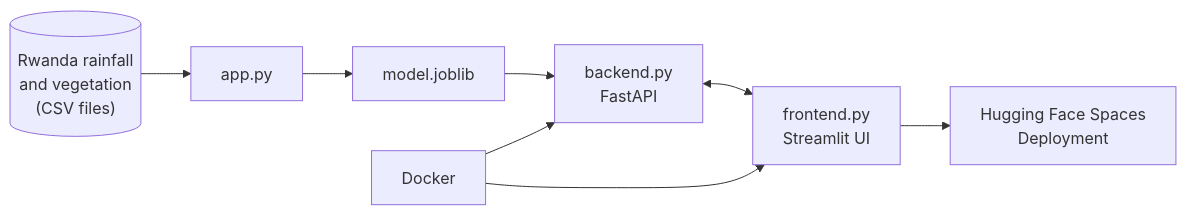
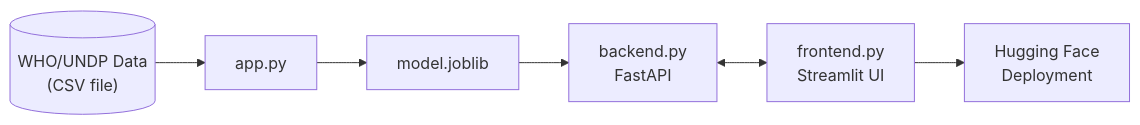
Before and after one commit to mohitk24/ev-warranty-us-dataset: the diagram in README.md, drawn with Mermaid. The commit also changed other lines of this file, not shown here.

````diff
--- a/README.md
+++ b/README.md
@@ -33,10 +24,8 @@
 ```mermaid
 flowchart LR
-    A[("Rwanda rainfall\nand vegetation\n(CSV files)")] --> B["app.py"]
+    A[("WHO/UNDP Data\n(CSV file)")] --> B["app.py"]
     B --> C["model.joblib"]
     C --> D["backend.py\nFastAPI"]
     D <--> E["frontend.py\nStreamlit UI"]
-    F["Docker"] --> D
-    F --> E
-    E --> G["Hugging Face Spaces\nDeployment"]
+    E --> F["Hugging Face\nDeployment"]
 ```
````
